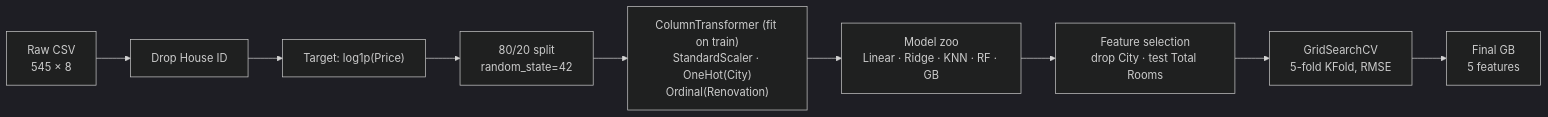
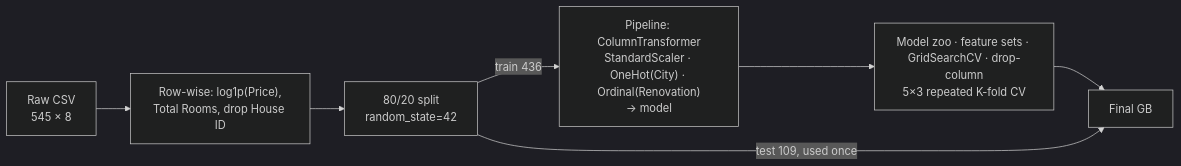
The second of 2 diagrams in README.md (pufferfish3e/supervised-learning), drawn with Mermaid (dark theme) before and after one commit. The commit also changed other lines of this file and 2 other files, not shown here.

````diff
--- a/README.md
+++ b/README.md
@@ -110,11 +108,9 @@
 ```mermaid
 flowchart LR
-    A[Raw CSV<br/>545 × 8] --> B[Drop House ID]
-    B --> C["Target: log1p(Price)"]
-    C --> D[80/20 split<br/>random_state=42]
-    D --> E["ColumnTransformer (fit on train)<br/>StandardScaler · OneHot(City)<br/>Ordinal(Renovation)"]
-    E --> F[Model zoo<br/>Linear · Ridge · KNN · RF · GB]
-    F --> G[Feature selection<br/>drop City · test Total Rooms]
-    G --> H[GridSearchCV<br/>5-fold KFold, RMSE]
-    H --> I[Final GB<br/>5 features]
+    A[Raw CSV<br/>545 × 8] --> B["Row-wise: log1p(Price),<br/>Total Rooms, drop House ID"]
+    B --> C[80/20 split<br/>random_state=42]
+    C -->|train 436| D["Pipeline: ColumnTransformer<br/>StandardScaler · OneHot(City) · Ordinal(Renovation)<br/>→ model"]
+    D --> E[Model zoo · feature sets · GridSearchCV · drop-column<br/>5×3 repeated K-fold CV]
+    E --> F[Final GB]
+    C -->|test 109, used once| F
 ```
````
